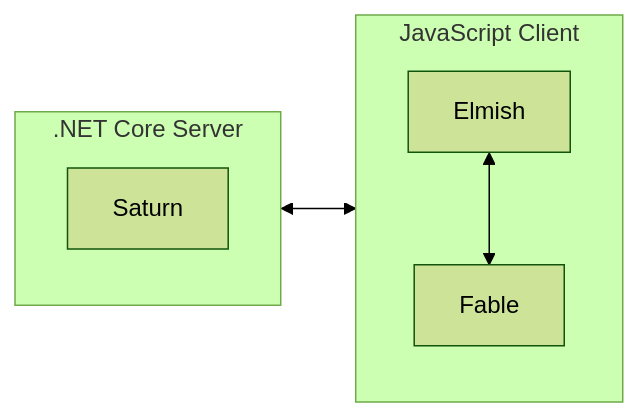
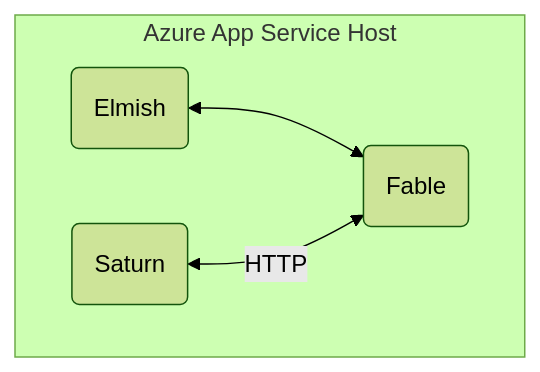
One commit to SAFE-Stack/docs changed the diagram in docs/overview.md. Above: the diagram before and after it, drawn with Mermaid (forest theme). The commit also changed other lines of this file and 8 other files, not shown here.

````diff
--- a/docs/overview.md
+++ b/docs/overview.md
@@ -12,10 +10,8 @@
 ```mermaid
-flowchart LR
-    subgraph Server[.NET Core Server]
-    Saturn
+flowchart TB
+    subgraph Azure App Service Host
+        Saturn(Saturn)
+        Elmish(Elmish) <--> Fable(Fable)
+        Saturn <-- HTTP --> Fable
     end
-    subgraph Client[JavaScript Client]
-    Elmish <--> Fable[Fable]
-    end
-    Server <--> Client
 ```
````
